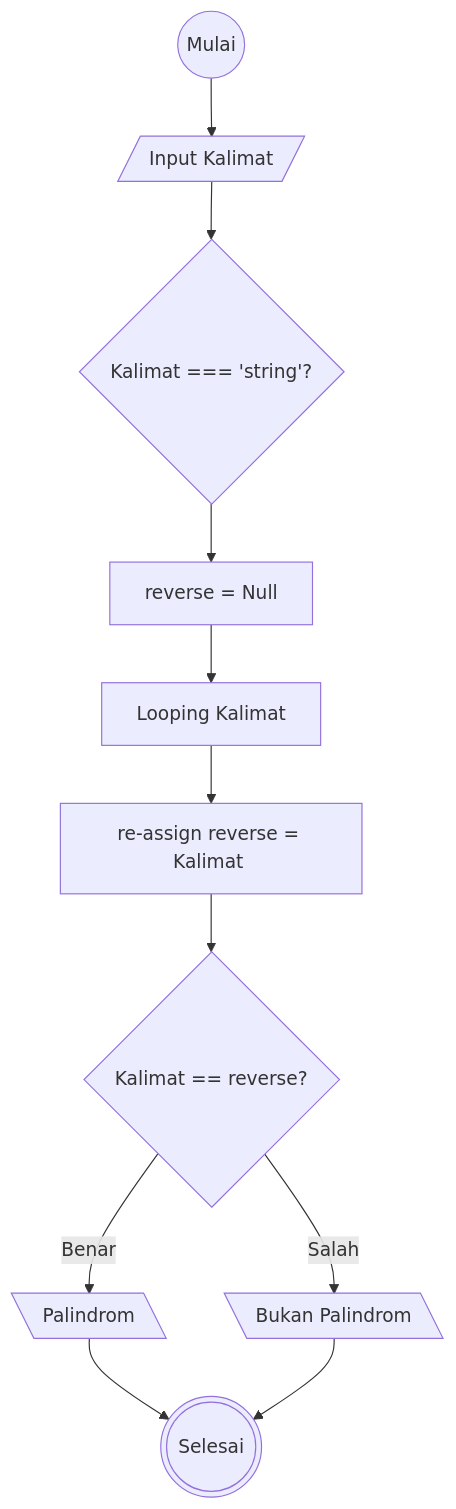
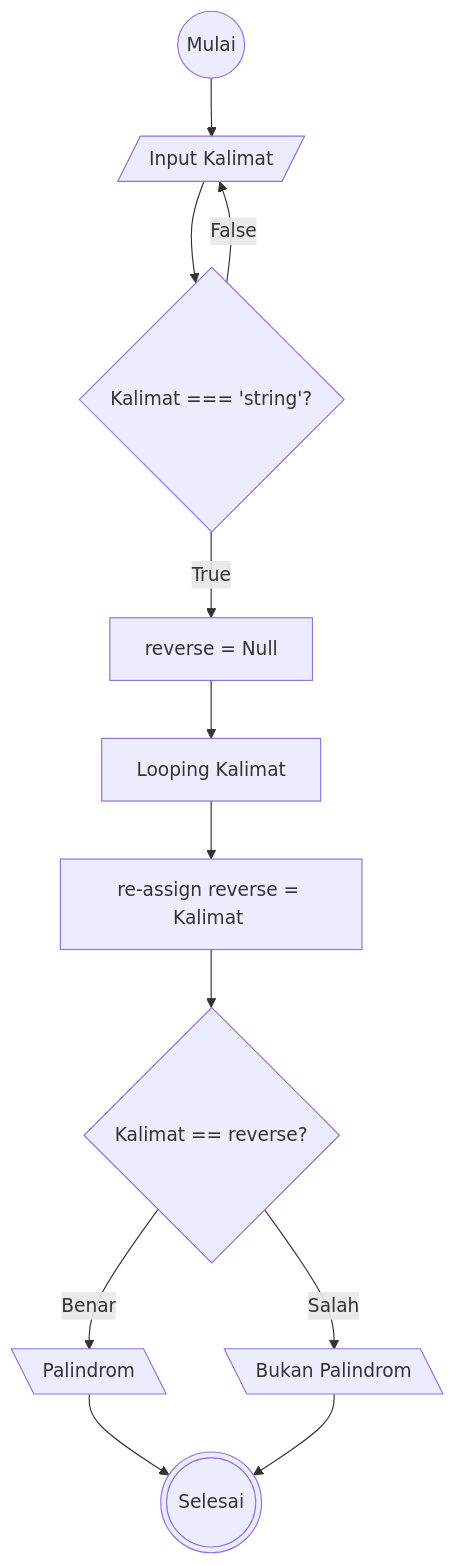
Before and after one commit to HN721/fgo24-weeklytask1: the first of 2 diagrams in README.md, drawn with Mermaid.

````diff
--- a/README.md
+++ b/README.md
@@ -15,24 +15,25 @@
 ```mermaid
 flowchart TD
 
 A@{shape: circle , label: "Mulai"}
 X@{shape: lean-r , label: "Input Kalimat"}
 B@{shape: diamond, label: "Kalimat === 'string'?"}
 C@{shape: rectangle, label: "reverse = Null"}
 H@{shape: rectangle, label: "Looping Kalimat"}
 I@{shape: rectangle, label: "re-assign reverse = Kalimat "}
 D@{shape: diamond, label: "Kalimat == reverse?"}
 E@{shape: lean-l, label: "Palindrom"}
 F@{shape: lean-l, label: "Bukan Palindrom"}
 G@{shape: dbl-circ, label: "Selesai"}
 A --> X
 X --> B
-B --> C
+B --False--> X
+B --True--> C
 C --> H
 H --> I
 I --> D
 D --Benar--> E
 D --Salah--> F
 E --> G
 F --> G
 ```
````
